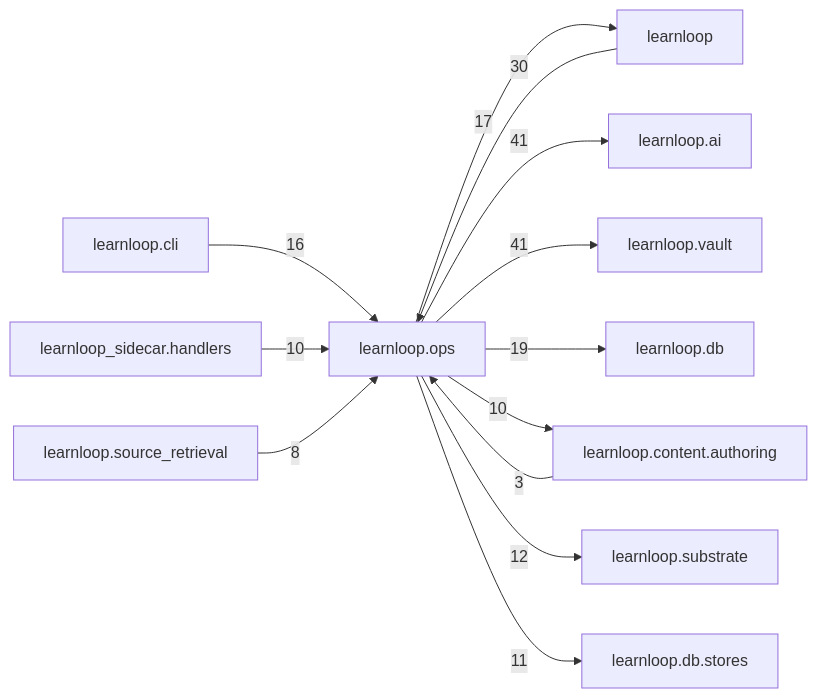
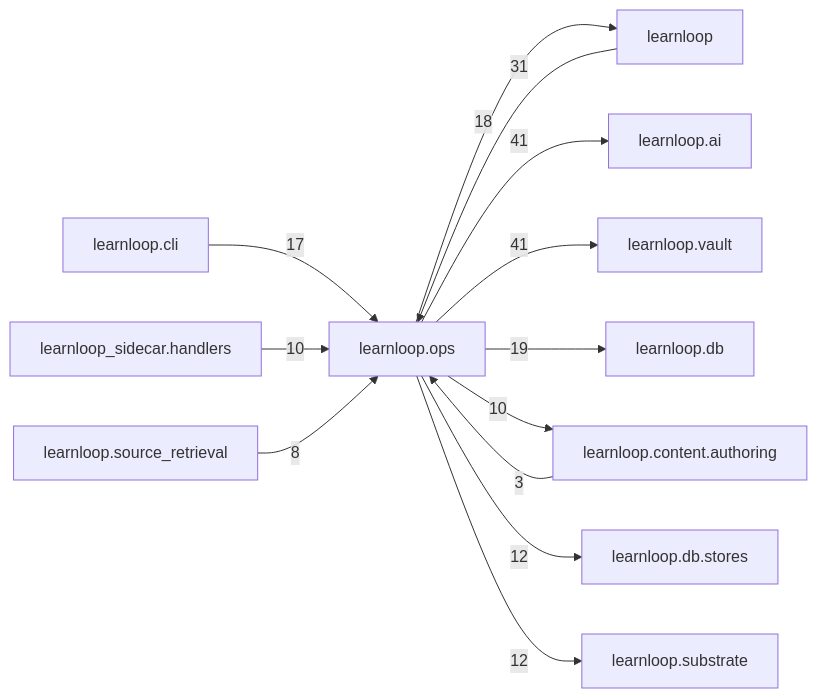
One commit to 6up-b/learnanything changed the diagram in docs/learnloop-architecture-vault/Reference/Modules/learnloop/ops/_package.md. Above: the diagram before and after it, drawn with Mermaid. The commit also changed other lines of this file and 590 other files, not shown here.

````diff
--- a/docs/learnloop-architecture-vault/Reference/Modules/learnloop/ops/_package.md
+++ b/docs/learnloop-architecture-vault/Reference/Modules/learnloop/ops/_package.md
@@ -143,26 +147,26 @@
 ```mermaid
 flowchart LR
     center["learnloop.ops"]
     n_learnloop["learnloop"]
     n_learnloop_ai["learnloop.ai"]
     n_learnloop_vault["learnloop.vault"]
     n_learnloop_db["learnloop.db"]
     n_learnloop_cli["learnloop.cli"]
     n_learnloop_content_authoring["learnloop.content.authoring"]
+    n_learnloop_db_stores["learnloop.db.stores"]
     n_learnloop_substrate["learnloop.substrate"]
-    n_learnloop_db_stores["learnloop.db.stores"]
     n_learnloop_sidecar_handlers["learnloop_sidecar.handlers"]
     n_learnloop_source_retrieval["learnloop.source_retrieval"]
-    n_learnloop -->|30| center
-    center -->|17| n_learnloop
+    n_learnloop -->|31| center
+    center -->|18| n_learnloop
     center -->|41| n_learnloop_ai
     center -->|41| n_learnloop_vault
     center -->|19| n_learnloop_db
-    n_learnloop_cli -->|16| center
+    n_learnloop_cli -->|17| center
     n_learnloop_content_authoring -->|3| center
     center -->|10| n_learnloop_content_authoring
+    center -->|12| n_learnloop_db_stores
     center -->|12| n_learnloop_substrate
-    center -->|11| n_learnloop_db_stores
     n_learnloop_sidecar_handlers -->|10| center
     n_learnloop_source_retrieval -->|8| center
 ```
````
